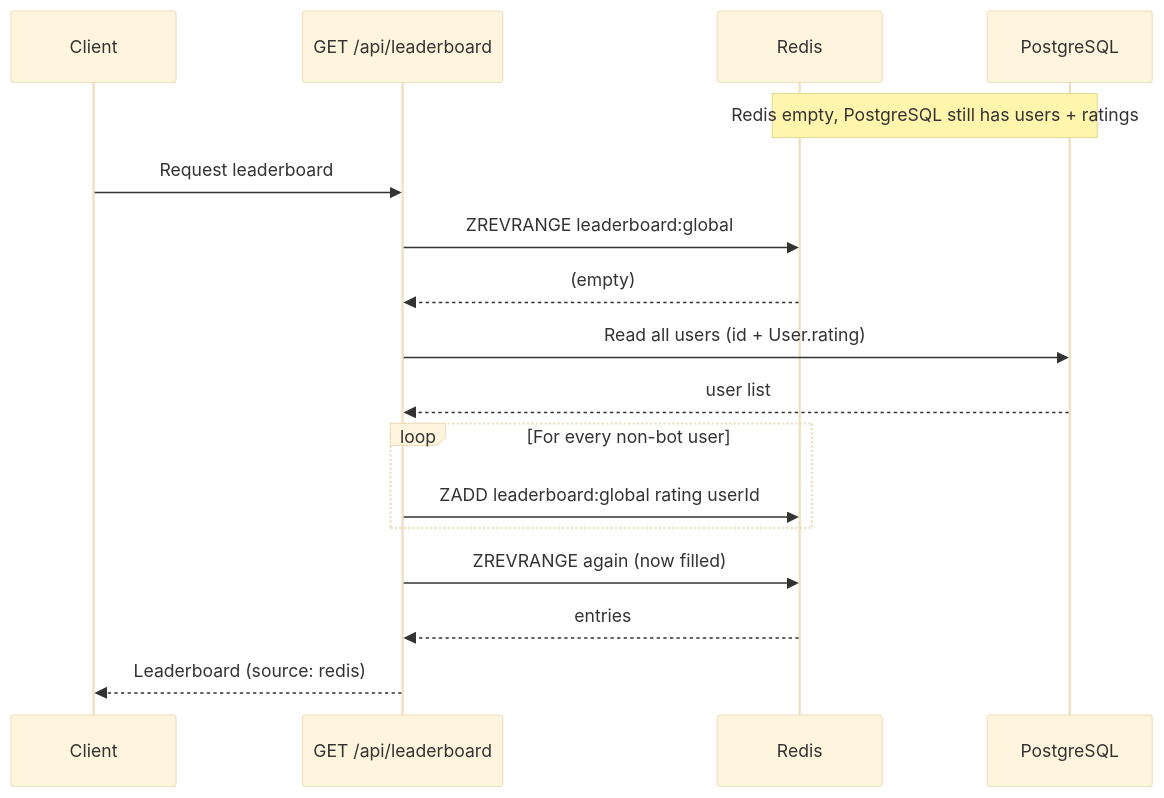
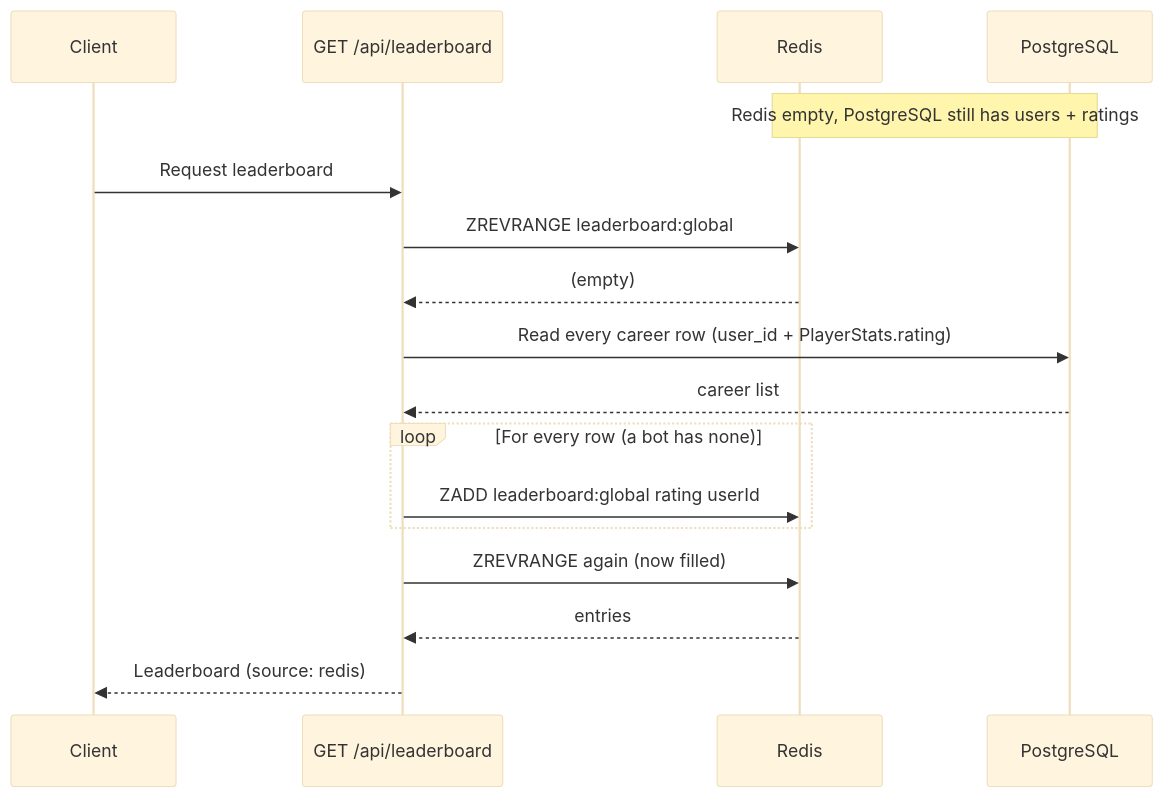
One commit to IrmaJoKerr/ft_transcendence-ludo changed the fourth of 6 diagrams in docs/backend/backend-leaderboard-module.md. Above: the diagram before and after it, drawn with Mermaid (base theme). The commit also changed other lines of this file and 37 other files, not shown here.

Commit message:
refactor(db): User is the account, PlayerStats the career, MatchHistory one row per seat. Docs: updated to match.

````diff
--- a/docs/backend/backend-leaderboard-module.md
+++ b/docs/backend/backend-leaderboard-module.md
@@ -190,20 +190,20 @@
 ```mermaid
 sequenceDiagram
     participant Client
     participant API as GET /api/leaderboard
     participant R as Redis
     participant DB as PostgreSQL
 
     Note over R,DB: Redis empty, PostgreSQL still has users + ratings
     Client->>API: Request leaderboard
     API->>R: ZREVRANGE leaderboard:global
     R-->>API: (empty)
-    API->>DB: Read all users (id + User.rating)
-    DB-->>API: user list
-    loop For every non-bot user
+    API->>DB: Read every career row (user_id + PlayerStats.rating)
+    DB-->>API: career list
+    loop For every row (a bot has none)
         API->>R: ZADD leaderboard:global rating userId
     end
     API->>R: ZREVRANGE again (now filled)
     R-->>API: entries
     API-->>Client: Leaderboard (source: redis)
 ```
````
